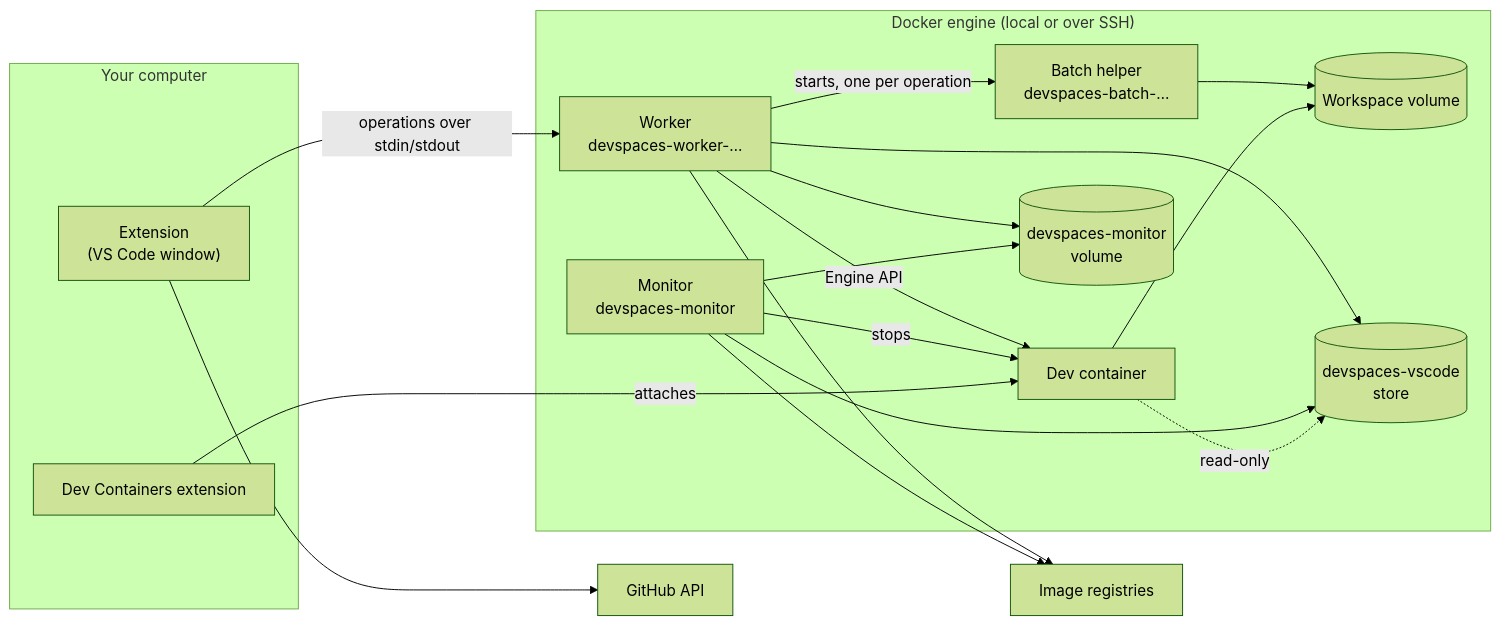
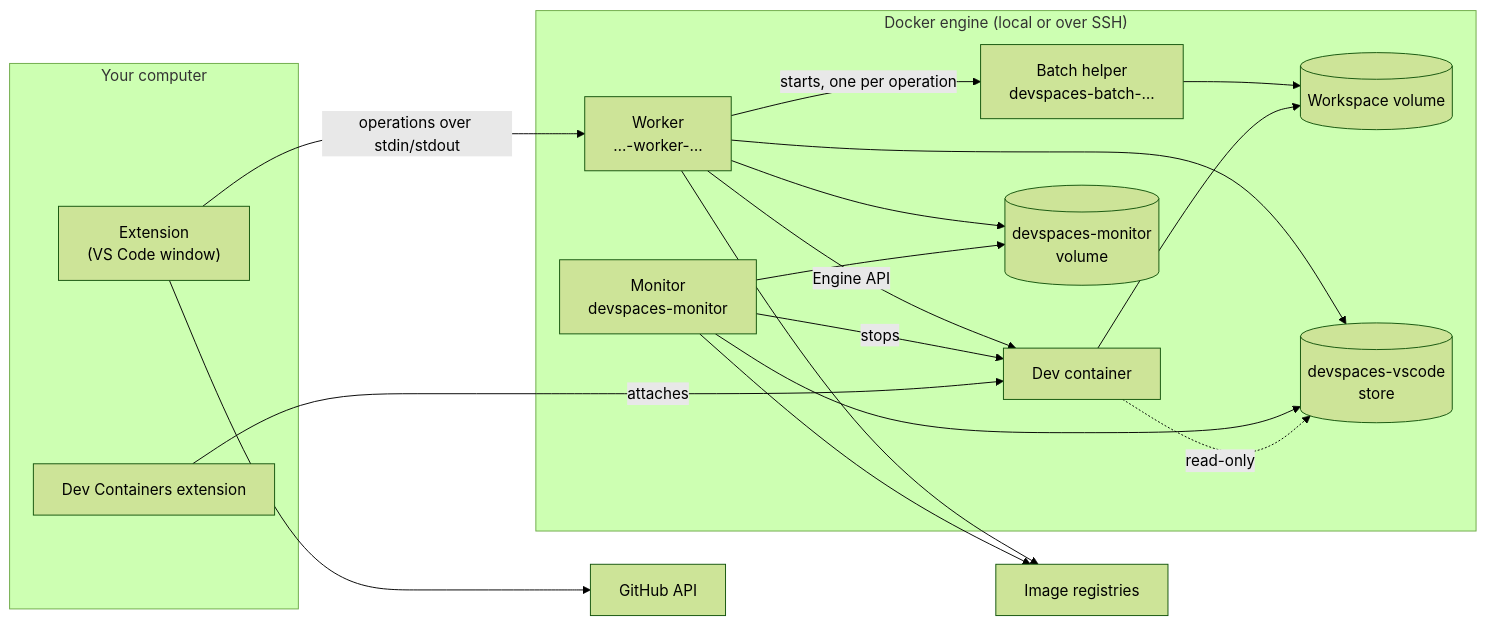
The diagram in docs/architecture.md (nimblescape/nimblescape-devspaces), drawn with Mermaid (forest theme) before and after one commit. The commit also changed other lines of this file and 7 other files, not shown here.

````diff
--- a/docs/architecture.md
+++ b/docs/architecture.md
@@ -9,33 +9,33 @@
 ```mermaid
 flowchart LR
   subgraph PC["Your computer"]
     EXT["Extension<br/>(VS Code window)"]
     DC["Dev Containers extension"]
   end
   subgraph ENG["Docker engine (local or over SSH)"]
-    W["Worker<br/>devspaces-worker-…"]
+    W["Worker<br/>…-worker-…"]
     B["Batch helper<br/>devspaces-batch-…"]
     SM["Monitor<br/>devspaces-monitor"]
     DEV["Dev container"]
     V[("Workspace volume")]
     ST[("devspaces-monitor<br/>volume")]
     VS[("devspaces-vscode<br/>store")]
   end
   GH["GitHub API"]
   REG["Image registries"]
   EXT -- "operations over stdin/stdout" --> W
   EXT --> GH
   W -- "Engine API" --> DEV
   W -- "starts, one per operation" --> B
   B --> V
   DEV --> V
   W --> ST
   SM --> ST
   W --> VS
   SM --> VS
   DEV -. "read-only" .-> VS
   W --> REG
   SM --> REG
   SM -- "stops" --> DEV
   DC -- "attaches" --> DEV
 ```
````
